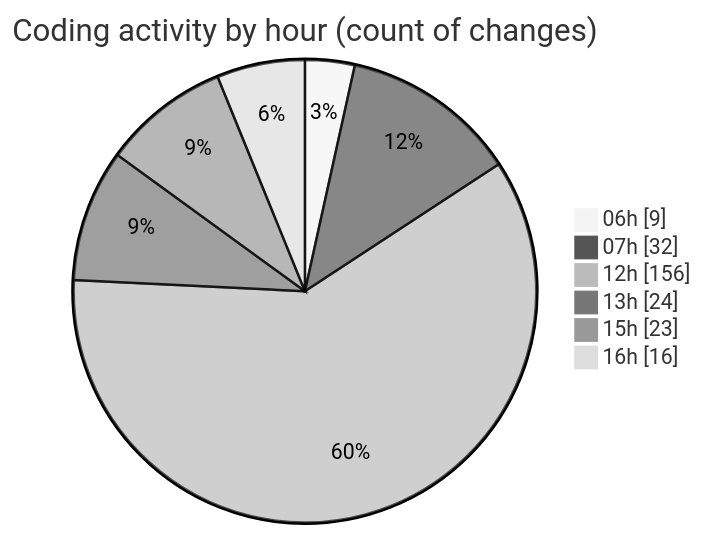
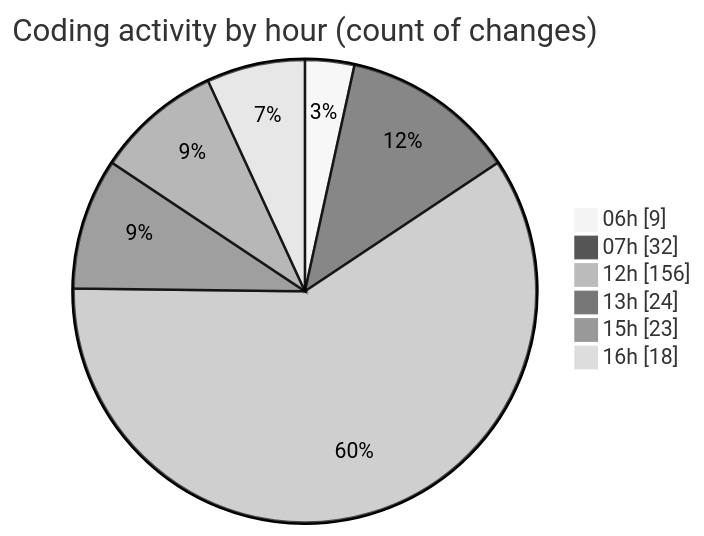
Before and after one commit to robertbonfada/code-tracking: the second of 2 diagrams in 2025-02-18/mbc-web/README.md, drawn with Mermaid (neutral theme). The commit also changed other lines of this file and 1 other file, not shown here.

````diff
--- a/2025-02-18/mbc-web/README.md
+++ b/2025-02-18/mbc-web/README.md
@@ -146,10 +146,10 @@
 ```mermaid
 pie showData
 title Coding activity by hour (count of changes)
 "06h" : 9
 "07h" : 32
 "12h" : 156
 "13h" : 24
 "15h" : 23
-"16h" : 16
+"16h" : 18
 ```
````
